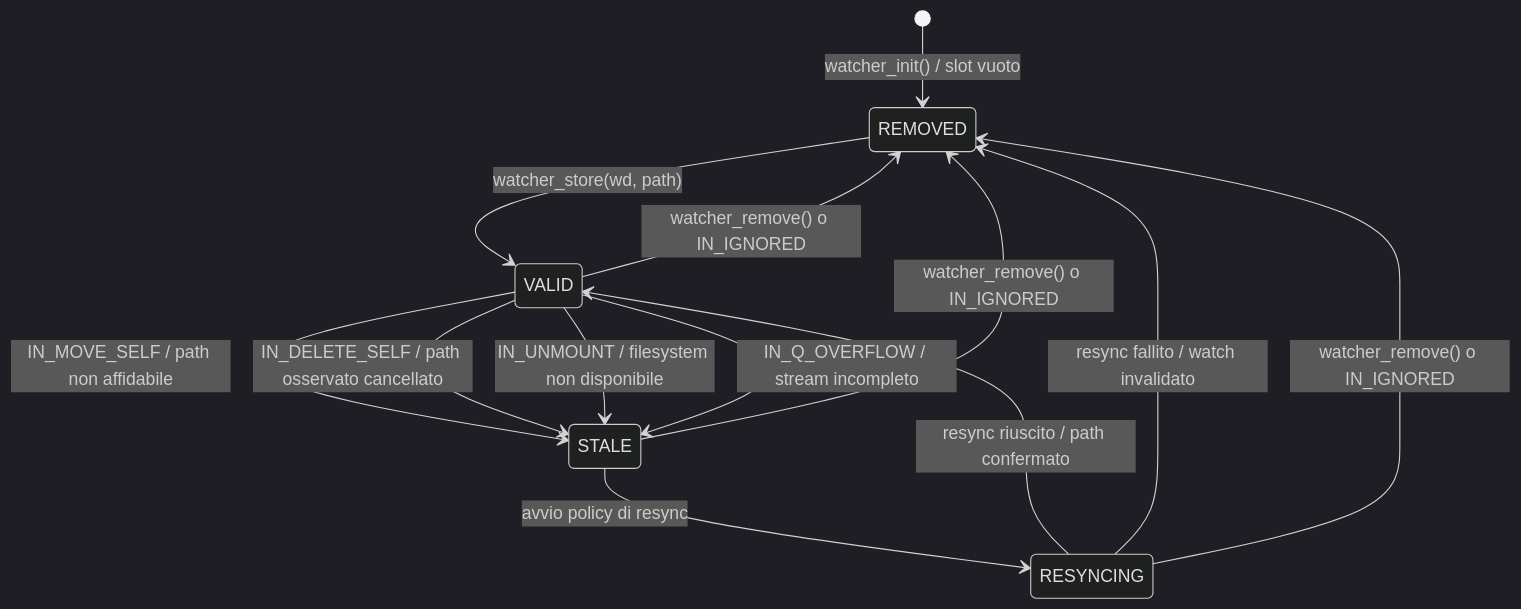
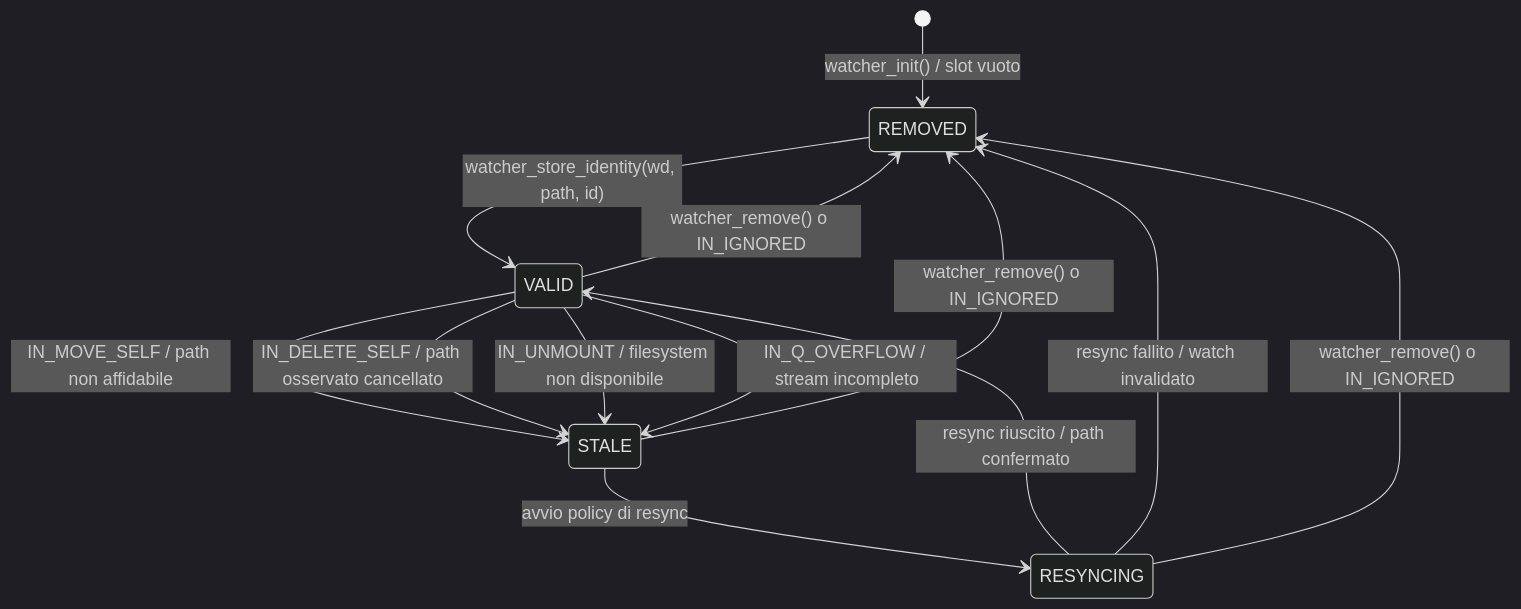
Before and after one commit to kinderp/alfred: the first of 2 diagrams in docs/it/21-roadmap-scanner-resync.md, drawn with Mermaid (dark theme). The commit also changed other lines of this file and 11 other files, not shown here.

````diff
--- a/docs/it/21-roadmap-scanner-resync.md
+++ b/docs/it/21-roadmap-scanner-resync.md
@@ -1334,18 +1334,18 @@
 ```mermaid
 stateDiagram-v2
     [*] --> REMOVED: watcher_init() / slot vuoto
-    REMOVED --> VALID: watcher_store(wd, path)
+    REMOVED --> VALID: watcher_store_identity(wd, path, id)
 
     VALID --> STALE: IN_MOVE_SELF / path non affidabile
     VALID --> STALE: IN_DELETE_SELF / path osservato cancellato
     VALID --> STALE: IN_UNMOUNT / filesystem non disponibile
     VALID --> STALE: IN_Q_OVERFLOW / stream incompleto
 
     STALE --> RESYNCING: avvio policy di resync
     RESYNCING --> VALID: resync riuscito / path confermato
     RESYNCING --> REMOVED: resync fallito / watch invalidato
 
     VALID --> REMOVED: watcher_remove() o IN_IGNORED
     STALE --> REMOVED: watcher_remove() o IN_IGNORED
     RESYNCING --> REMOVED: watcher_remove() o IN_IGNORED
 ```
````
